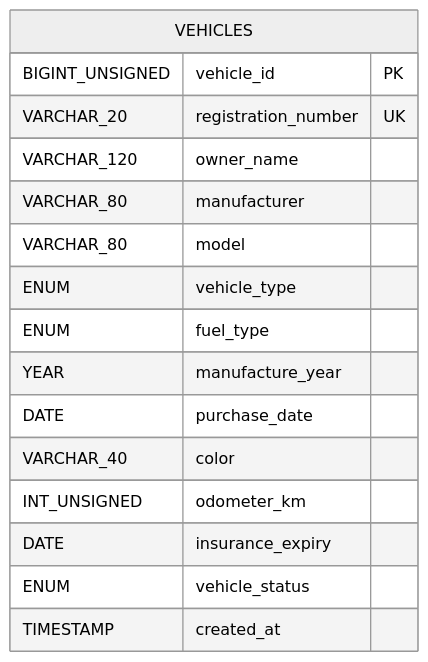
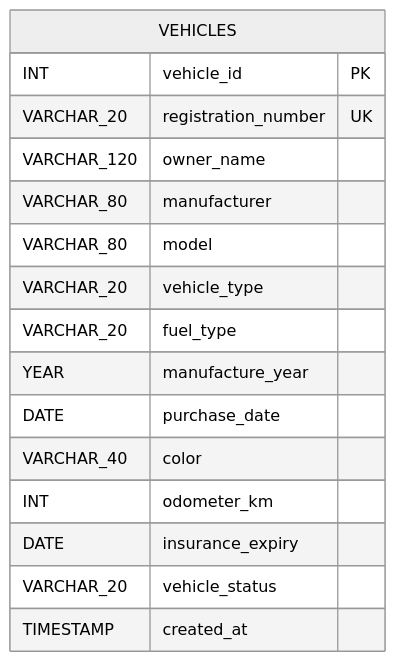
One commit to arvind-codegnan/cdg-hyd-jfs-058 changed diagram 14 of 20 in sql-exercises-part-1.md. Above: the diagram before and after it, drawn with Mermaid (neutral theme). The commit also changed other lines of this file, not shown here.

````diff
--- a/sql-exercises-part-1.md
+++ b/sql-exercises-part-1.md
@@ -542,19 +540,19 @@
 ```mermaid
 erDiagram
     VEHICLES {
-        BIGINT_UNSIGNED vehicle_id PK
+        INT vehicle_id PK
         VARCHAR_20 registration_number UK
         VARCHAR_120 owner_name
         VARCHAR_80 manufacturer
         VARCHAR_80 model
-        ENUM vehicle_type
-        ENUM fuel_type
+        VARCHAR_20 vehicle_type
+        VARCHAR_20 fuel_type
         YEAR manufacture_year
         DATE purchase_date
         VARCHAR_40 color
-        INT_UNSIGNED odometer_km
+        INT odometer_km
         DATE insurance_expiry
-        ENUM vehicle_status
+        VARCHAR_20 vehicle_status
         TIMESTAMP created_at
     }
 ```
````
